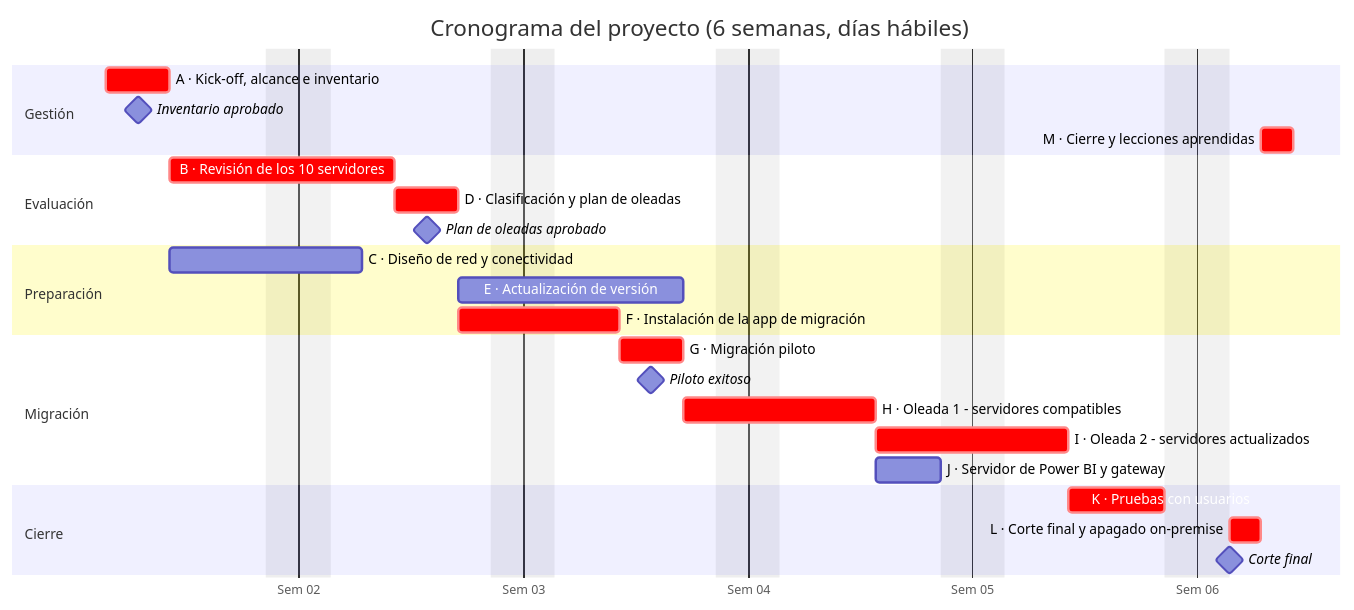
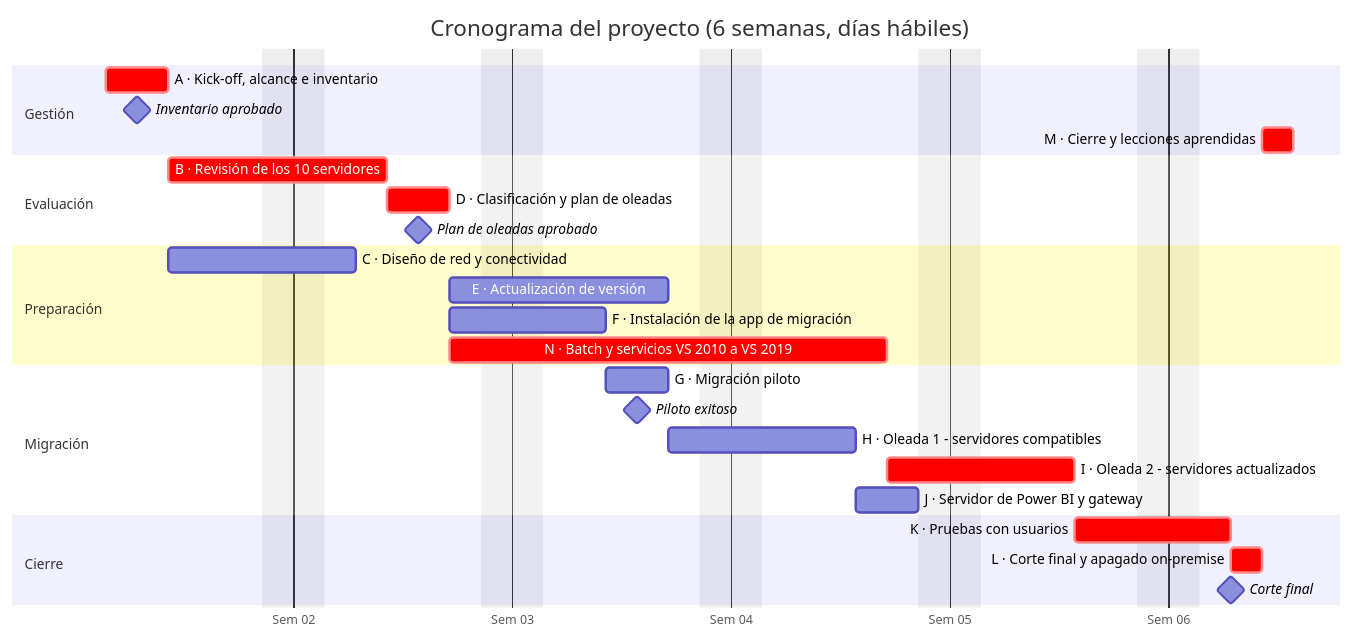
Before and after one commit to enzotarazona/pm-migracion-servidores-nube: the third of 4 diagrams in README.md, drawn with Mermaid. The commit also changed other lines of this file, not shown here.

````diff
--- a/README.md
+++ b/README.md
@@ -167,35 +176,36 @@
 ```mermaid
 gantt
     title Cronograma del proyecto (6 semanas, días hábiles)
     dateFormat YYYY-MM-DD
     axisFormat Sem %U
     excludes weekends
     tickInterval 1week
 
     section Gestión
     A · Kick-off, alcance e inventario       :crit, a, 2024-01-08, 2d
     Inventario aprobado                       :milestone, m1, 2024-01-09, 0d
-    M · Cierre y lecciones aprendidas        :crit, m, 2024-02-13, 1d
+    M · Cierre y lecciones aprendidas        :crit, m, 2024-02-14, 1d
 
     section Evaluación
     B · Revisión de los 10 servidores        :crit, b, 2024-01-10, 5d
     D · Clasificación y plan de oleadas      :crit, d, 2024-01-17, 2d
     Plan de oleadas aprobado                  :milestone, m2, 2024-01-18, 0d
 
     section Preparación
     C · Diseño de red y conectividad         :c, 2024-01-10, 4d
     E · Actualización de versión             :e, 2024-01-19, 5d
-    F · Instalación de la app de migración   :crit, f, 2024-01-19, 3d
+    F · Instalación de la app de migración   :f, 2024-01-19, 3d
+    N · Batch y servicios VS 2010 a VS 2019  :crit, n, 2024-01-19, 10d
 
     section Migración
-    G · Migración piloto                     :crit, g, 2024-01-24, 2d
+    G · Migración piloto                     :g, 2024-01-24, 2d
     Piloto exitoso                            :milestone, m3, 2024-01-25, 0d
-    H · Oleada 1 - servidores compatibles   :crit, h, 2024-01-26, 4d
-    I · Oleada 2 - servidores actualizados  :crit, i, 2024-02-01, 4d
+    H · Oleada 1 - servidores compatibles   :h, 2024-01-26, 4d
+    I · Oleada 2 - servidores actualizados  :crit, i, 2024-02-02, 4d
     J · Servidor de Power BI y gateway       :j, 2024-02-01, 2d
 
     section Cierre
-    K · Pruebas con usuarios                 :crit, k, 2024-02-07, 3d
-    L · Corte final y apagado on-premise     :crit, l, 2024-02-12, 1d
-    Corte final                               :milestone, m6, 2024-02-12, 0d
+    K · Pruebas con usuarios                 :crit, k, 2024-02-08, 3d
+    L · Corte final y apagado on-premise     :crit, l, 2024-02-13, 1d
+    Corte final                               :milestone, m6, 2024-02-13, 0d
 ```
````
